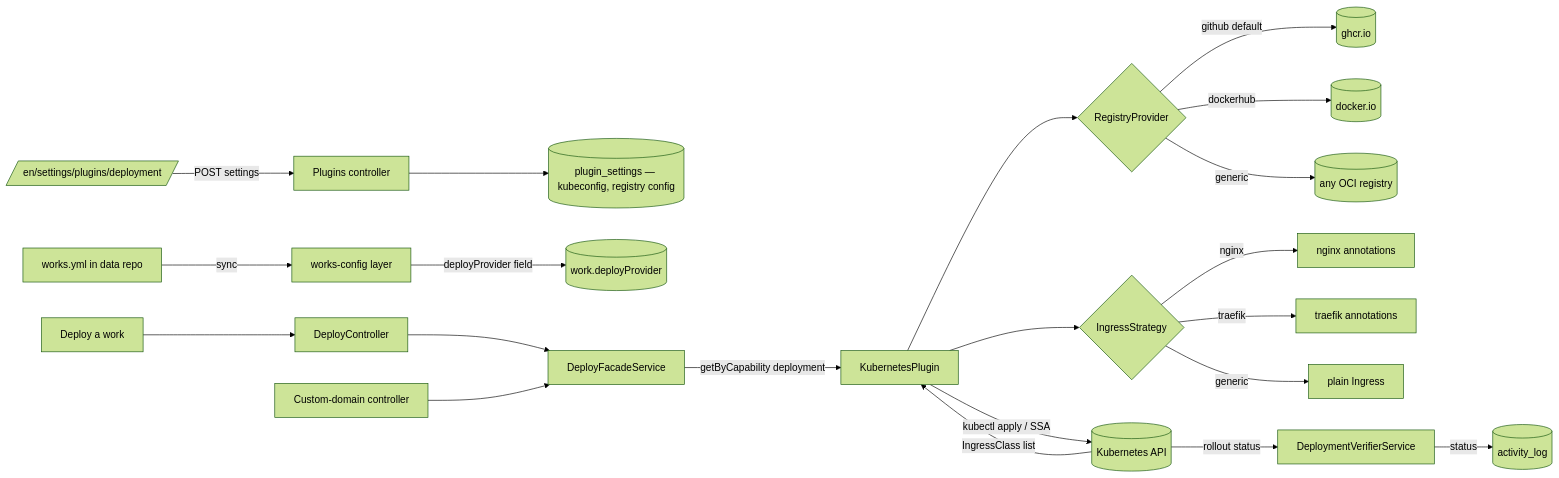
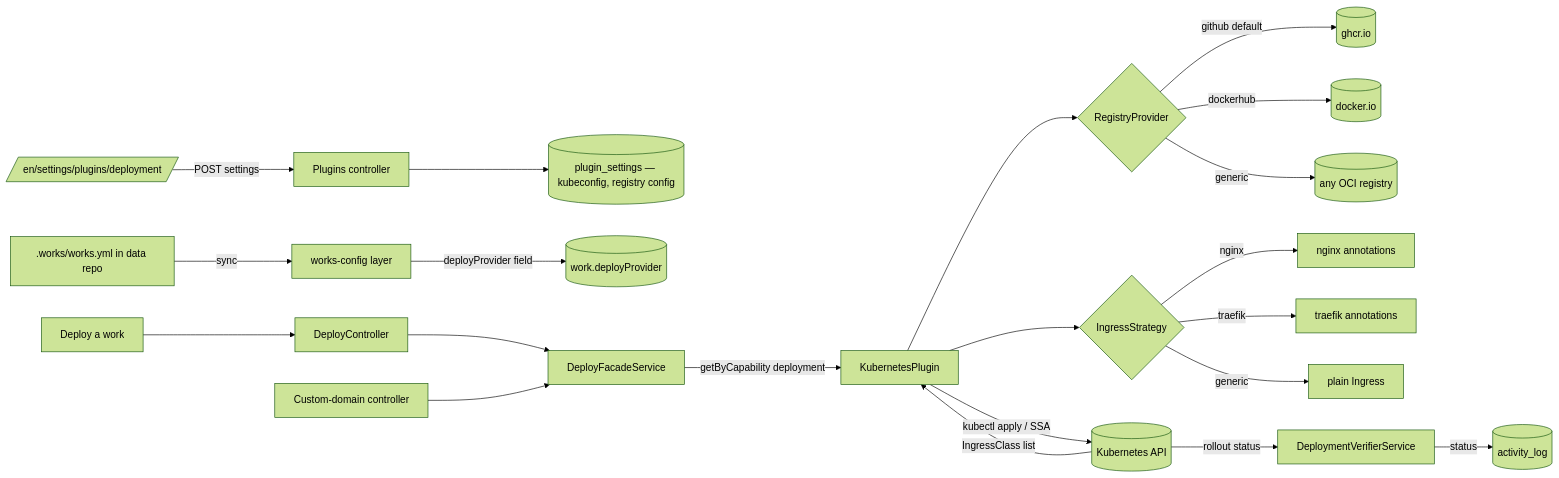
Before and after one commit to ever-works/ever-works: the diagram in docs/specs/features/k8s-deployment/plan.md, drawn with Mermaid (forest theme). The commit also changed other lines of this file and 138 other files, not shown here.

Commit message:
chore: move works config to .works/works.yml

````diff
--- a/docs/specs/features/k8s-deployment/plan.md
+++ b/docs/specs/features/k8s-deployment/plan.md
@@ -16,28 +16,28 @@
 ```mermaid
 flowchart LR
     UI[/en/settings/plugins/deployment/] -->|POST settings| API[Plugins controller]
     API --> Settings[(plugin_settings — kubeconfig, registry config)]
 
-    YAML[works.yml in data repo] -->|sync| WCFG[works-config layer]
+    YAML[.works/works.yml in data repo] -->|sync| WCFG[works-config layer]
     WCFG -->|deployProvider field| Work[(work.deployProvider)]
 
     Deploy[Deploy a work] --> DeployCtl[DeployController]
     DeployCtl --> Facade[DeployFacadeService]
     Facade -->|getByCapability deployment| Plugin[KubernetesPlugin]
 
     Plugin --> RegStrat{RegistryProvider}
     RegStrat -->|github default| GHCR[(ghcr.io)]
     RegStrat -->|dockerhub| DH[(docker.io)]
     RegStrat -->|generic| Other[(any OCI registry)]
 
     Plugin --> IngStrat{IngressStrategy}
     IngStrat -->|nginx| NginxAnno[nginx annotations]
     IngStrat -->|traefik| TraefikAnno[traefik annotations]
     IngStrat -->|generic| Plain[plain Ingress]
 
     Plugin -->|kubectl apply / SSA| Cluster[(Kubernetes API)]
     Cluster -->|IngressClass list| Plugin
     Cluster -->|rollout status| Verifier[DeploymentVerifierService]
     Verifier -->|status| Activity[(activity_log)]
     Custom[Custom-domain controller] --> Facade
 ```
````
